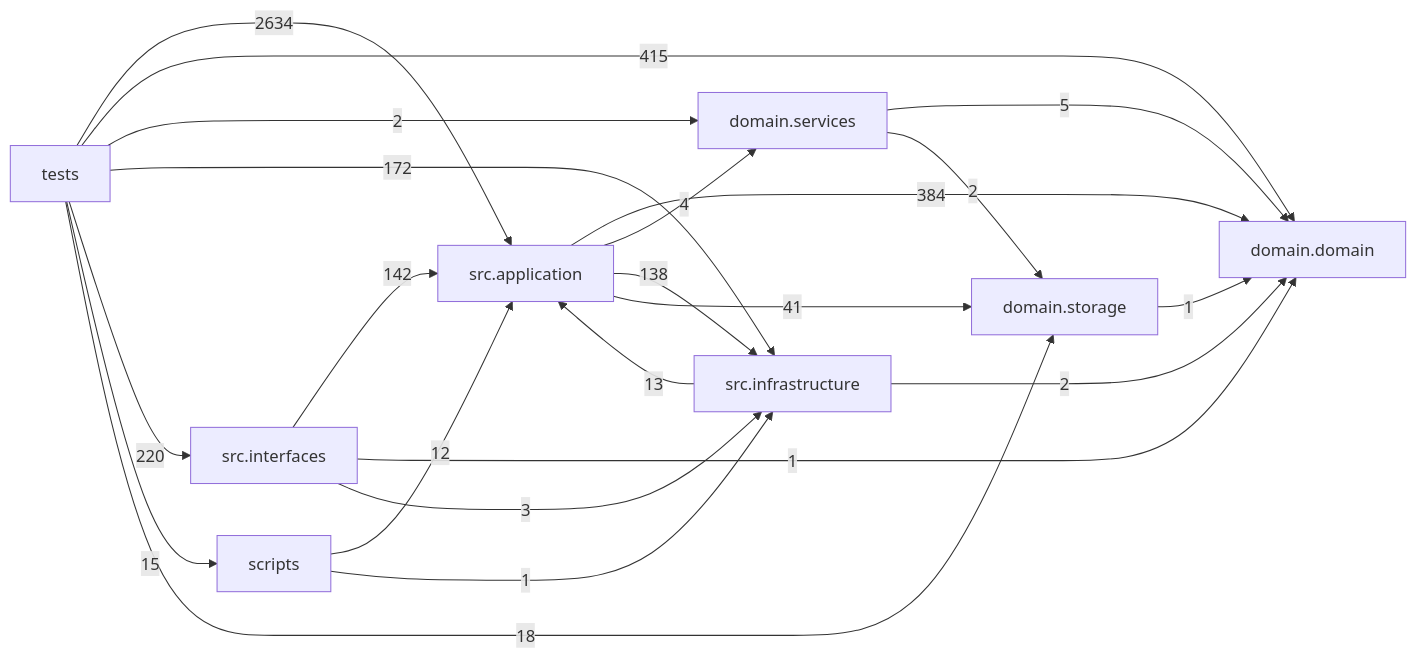
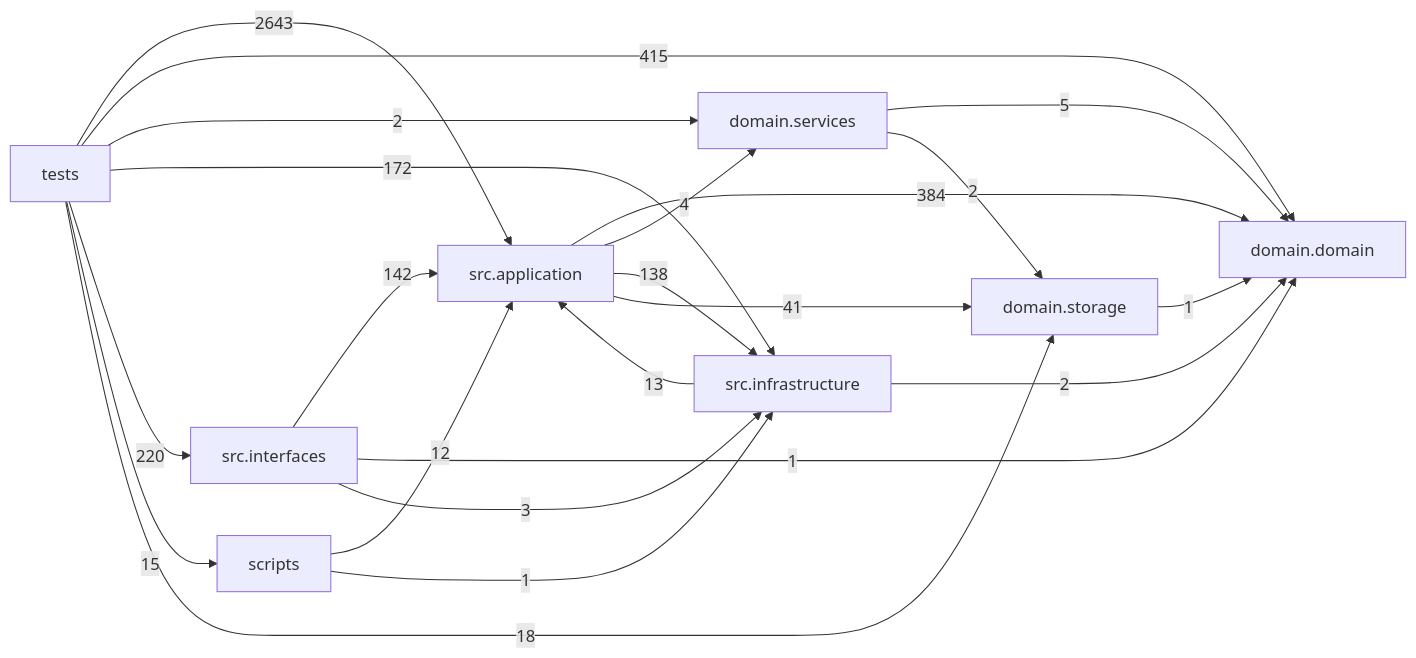
The diagram in docs/DEPENDENCY_GRAPH.md (liuxie066/options-monitor), drawn with Mermaid before and after one commit. The commit also changed other lines of this file and 16 other files, not shown here.

````diff
--- a/docs/DEPENDENCY_GRAPH.md
+++ b/docs/DEPENDENCY_GRAPH.md
@@ -24,32 +24,32 @@
 ```mermaid
 flowchart LR
   tests["tests"]
   scripts["scripts"]
   interfaces["src.interfaces"]
   application["src.application"]
   infrastructure["src.infrastructure"]
   domain_services["domain.services"]
   domain["domain.domain"]
   storage["domain.storage"]
   application -->|384| domain
   application -->|4| domain_services
   application -->|138| infrastructure
   application -->|41| storage
   domain_services -->|5| domain
   domain_services -->|2| storage
   infrastructure -->|13| application
   infrastructure -->|2| domain
   interfaces -->|142| application
   interfaces -->|1| domain
   interfaces -->|3| infrastructure
   scripts -->|12| application
   scripts -->|1| infrastructure
   storage -->|1| domain
-  tests -->|2634| application
+  tests -->|2643| application
   tests -->|415| domain
   tests -->|2| domain_services
   tests -->|172| infrastructure
   tests -->|220| interfaces
   tests -->|15| scripts
   tests -->|18| storage
 ```
````
